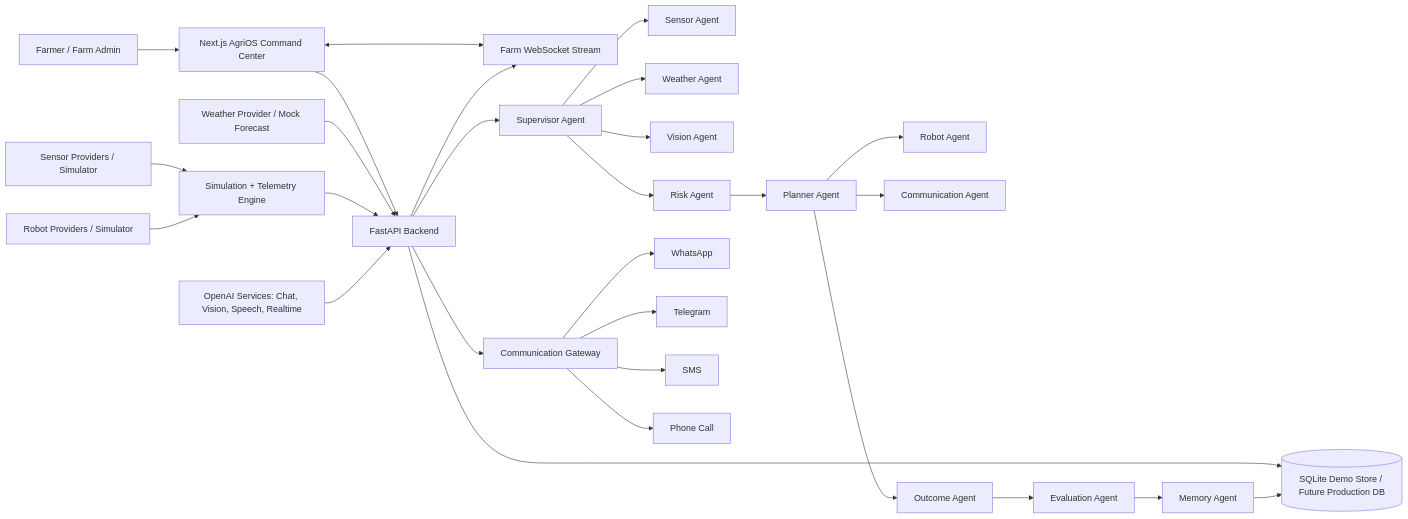
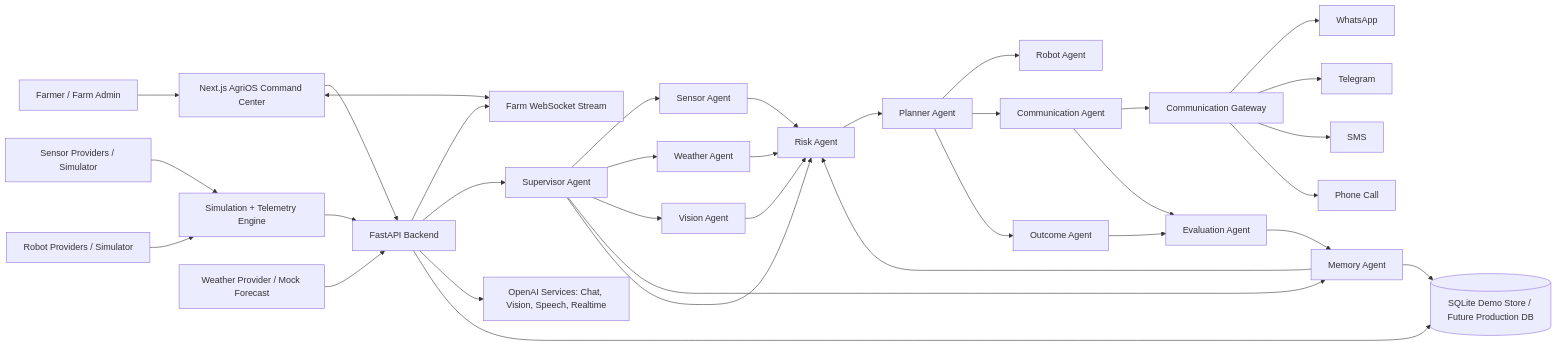
The diagram in README.md (umang6287/AgroOS), drawn with Mermaid before and after one commit. The commit also changed 1 other file, not shown here.

Commit message:
Fix agent architecture communication flow

````diff
--- a/README.md
+++ b/README.md
@@ -154,34 +154,40 @@
 ```mermaid
 flowchart LR
   Farmer[Farmer / Farm Admin] --> UI[Next.js AgriOS Command Center]
   UI --> API[FastAPI Backend]
   UI <--> WS[Farm WebSocket Stream]
 
   Sensors[Sensor Providers / Simulator] --> Simulator[Simulation + Telemetry Engine]
   Robots[Robot Providers / Simulator] --> Simulator
   Weather[Weather Provider / Mock Forecast] --> API
   Simulator --> API
   API --> WS
 
   API --> Supervisor[Supervisor Agent]
   Supervisor --> Sensor[Sensor Agent]
   Supervisor --> WeatherAgent[Weather Agent]
   Supervisor --> Vision[Vision Agent]
+  Supervisor --> Memory[Memory Agent]
   Supervisor --> Risk[Risk Agent]
+  Sensor --> Risk
+  WeatherAgent --> Risk
+  Vision --> Risk
+  Memory --> Risk
   Risk --> Planner[Planner Agent]
   Planner --> Robot[Robot Agent]
   Planner --> Communication[Communication Agent]
   Planner --> Outcome[Outcome Agent]
+  Communication --> Gateway[Communication Gateway]
   Outcome --> Evaluation[Evaluation Agent]
   Evaluation --> Memory[Memory Agent]
+  Communication --> Evaluation
 
-  OpenAI[OpenAI Services: Chat, Vision, Speech, Realtime] --> API
-  API --> Gateway[Communication Gateway]
+  API --> OpenAI[OpenAI Services: Chat, Vision, Speech, Realtime]
   Gateway --> WhatsApp[WhatsApp]
   Gateway --> Telegram[Telegram]
   Gateway --> SMS[SMS]
   Gateway --> Phone[Phone Call]
 
   API --> Store[(SQLite Demo Store / Future Production DB)]
   Memory --> Store
 ```
````
